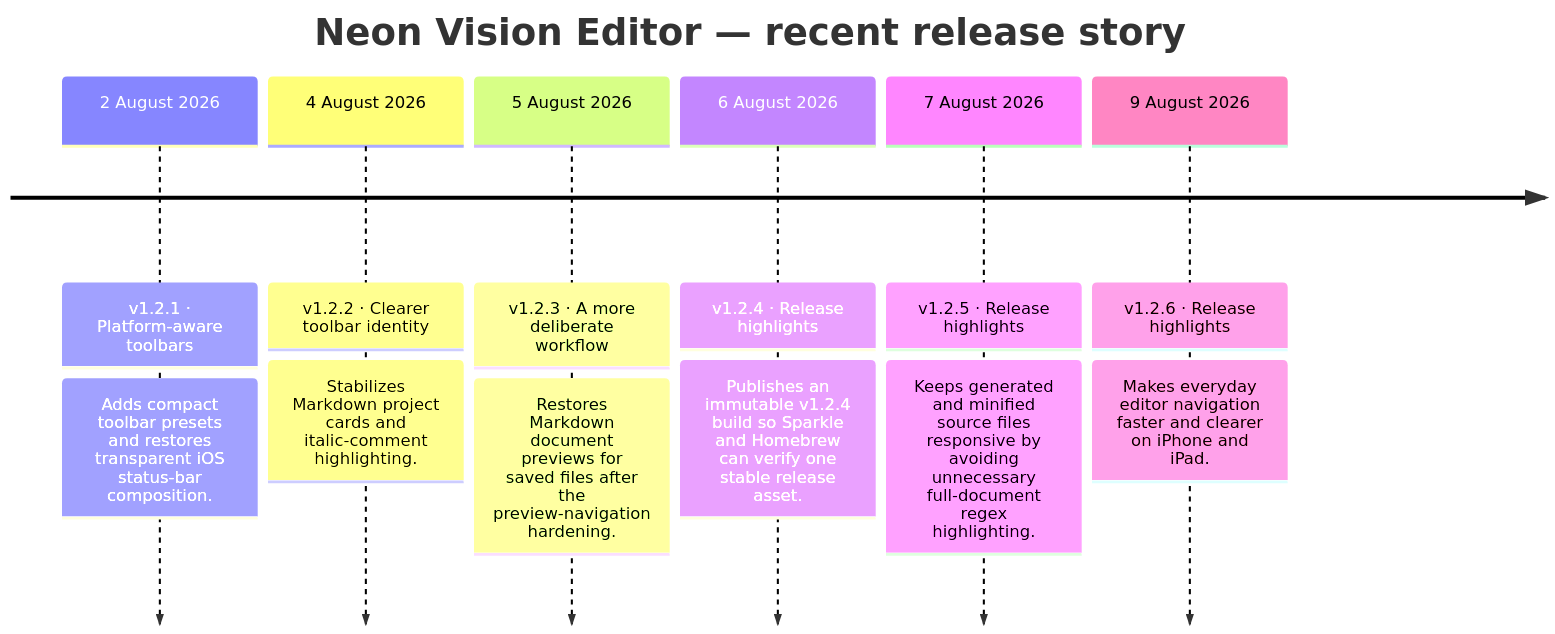
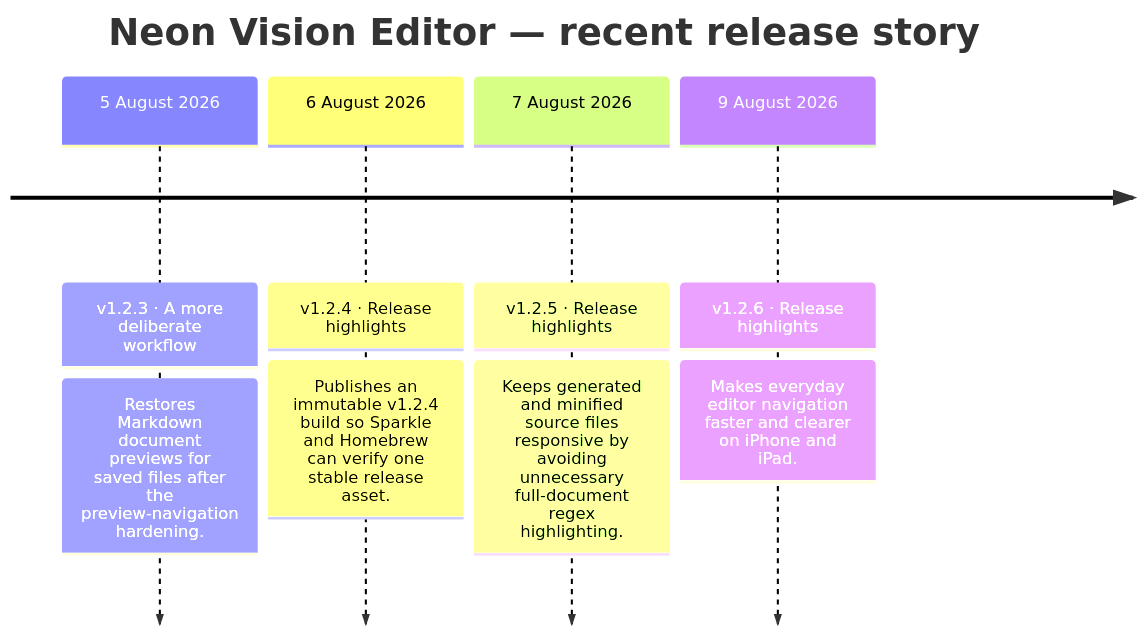
Before and after one commit to h3pdesign/Neon-Vision-Editor: the second of 2 diagrams in README.md, drawn with Mermaid. The commit also changed other lines of this file and 2 other files, not shown here.

````diff
--- a/README.md
+++ b/README.md
@@ -770,16 +776,12 @@
 ```mermaid
 timeline
     title Neon Vision Editor — recent release story
-    2 August 2026 : v1.2.1 · Platform-aware toolbars
-                : Adds compact toolbar presets and restores transparent iOS status-bar composition.
-    4 August 2026 : v1.2.2 · Clearer toolbar identity
-                : Stabilizes Markdown project cards and italic-comment highlighting.
     5 August 2026 : v1.2.3 · A more deliberate workflow
                 : Restores Markdown document previews for saved files after the preview-navigation hardening.
     6 August 2026 : v1.2.4 · Release highlights
                 : Publishes an immutable v1.2.4 build so Sparkle and Homebrew can verify one stable release asset.
     7 August 2026 : v1.2.5 · Release highlights
                 : Keeps generated and minified source files responsive by avoiding unnecessary full-document regex highlighting.
     9 August 2026 : v1.2.6 · Release highlights
                 : Makes everyday editor navigation faster and clearer on iPhone and iPad.
 ```
````
